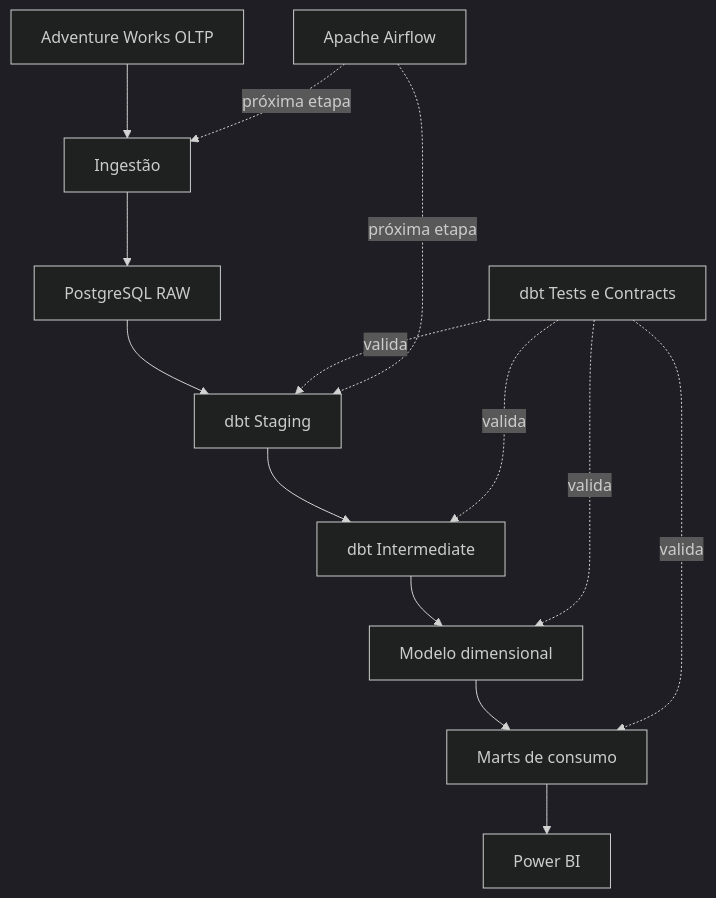
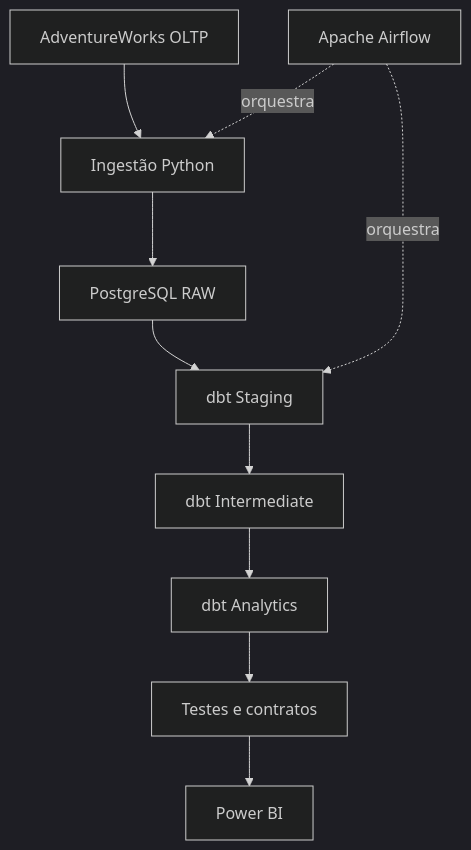
Before and after one commit to comerlatto/modern-data-platform: the first of 3 diagrams in README.md, drawn with Mermaid (dark theme). The commit also changed other lines of this file and 10 other files, not shown here.

````diff
--- a/README.md
+++ b/README.md
@@ -46,16 +46,13 @@
 ```mermaid
 flowchart TD
-    A[Adventure Works OLTP] --> B[Ingestão]
+    A[AdventureWorks OLTP] --> B[Ingestão Python]
     B --> C[PostgreSQL RAW]
     C --> D[dbt Staging]
     D --> E[dbt Intermediate]
-    E --> F[Modelo dimensional]
-    F --> G[Marts de consumo]
+    E --> F[dbt Analytics]
+    F --> G[Testes e contratos]
     G --> H[Power BI]
-    I[dbt Tests e Contracts] -. valida .-> D
-    I -. valida .-> E
-    I -. valida .-> F
-    I -. valida .-> G
-    J[Apache Airflow] -. próxima etapa .-> B
-    J -. próxima etapa .-> D
+
+    I[Apache Airflow] -. orquestra .-> B
+    I -. orquestra .-> D
 ```
````
